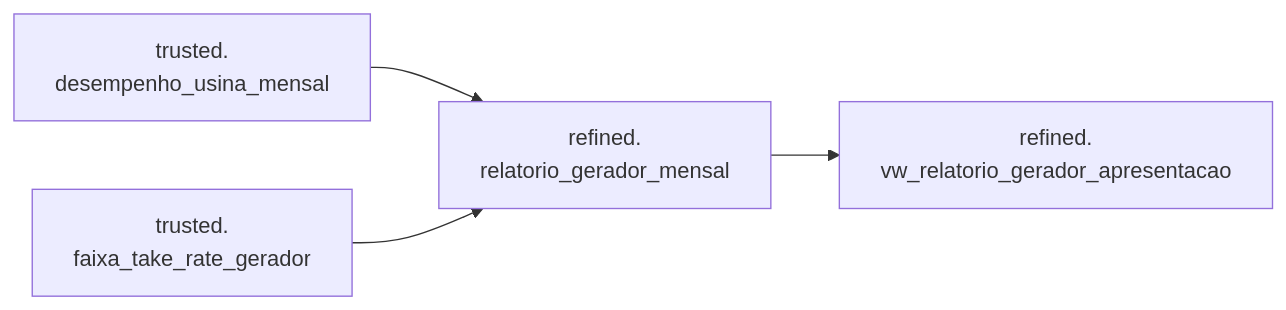
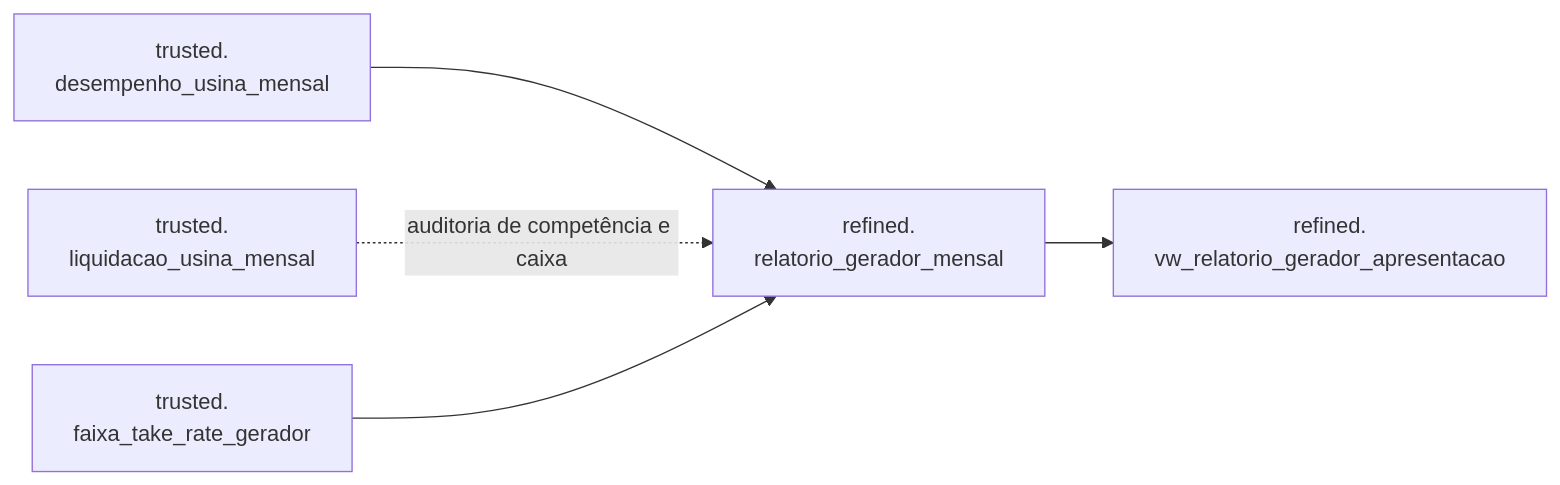
Before and after one commit to M4v3r1ck86/lemon-ae-case: the diagram in docs/refined/README.md, drawn with Mermaid.

Commit message:
docs(refined): adiciona liquidações ao fluxo do relatório
- inclui liquidacao_usina_mensal no fluxo da camada Refined
- evidencia a relação de auditoria entre competência e entrada de caixa
- mantém desempenho e take rate como insumos do relatório final

````diff
--- a/docs/refined/README.md
+++ b/docs/refined/README.md
@@ -15,11 +15,13 @@
 ```mermaid
 flowchart LR
     PERFORMANCE[trusted.<br/>desempenho_usina_mensal]
+    SETTLEMENT[trusted.<br/>liquidacao_usina_mensal]
     RATE[trusted.<br/>faixa_take_rate_gerador]
     REPORT[refined.<br/>relatorio_gerador_mensal]
     VIEW[refined.<br/>vw_relatorio_gerador_apresentacao]
 
     PERFORMANCE --> REPORT
+    SETTLEMENT -. auditoria de competência e caixa .-> REPORT
     RATE --> REPORT
     REPORT --> VIEW
 ```
````
